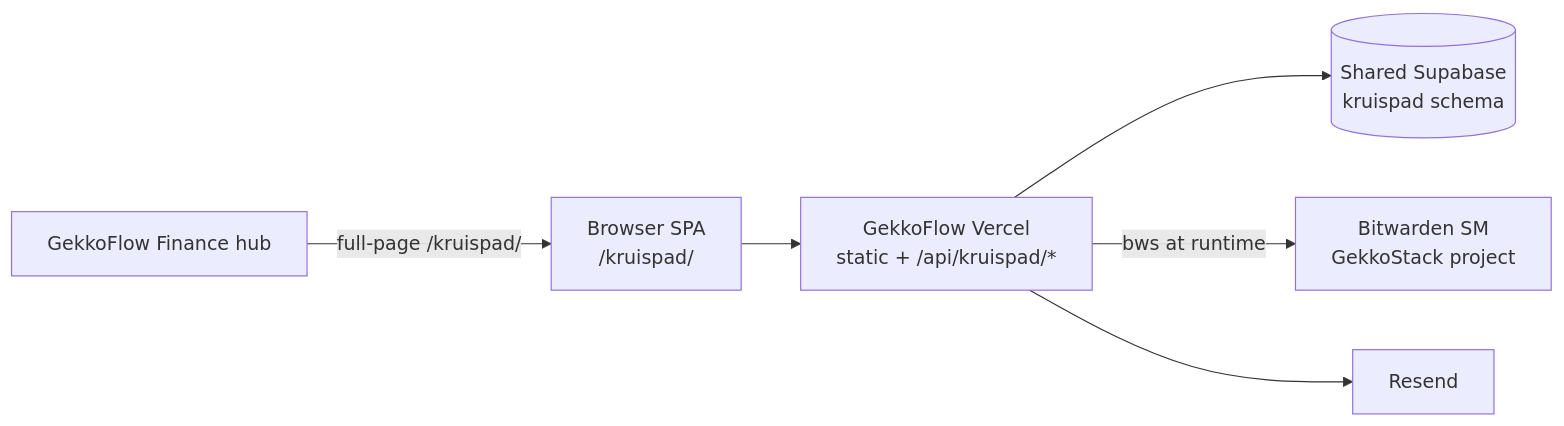
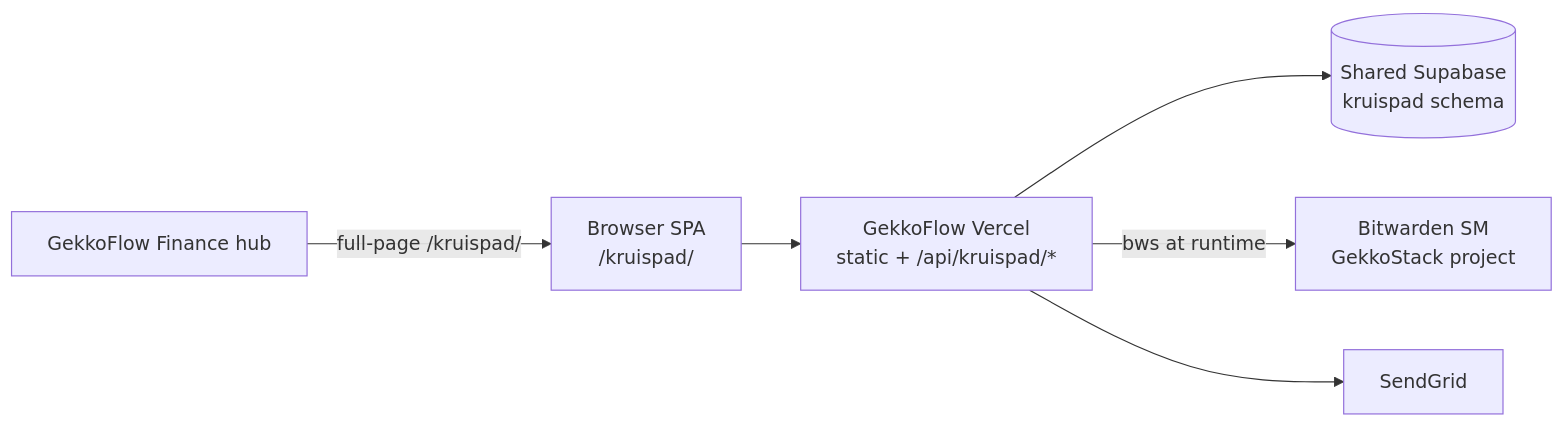
The second of 3 diagrams in docs/architecture/ARCHITECTURE.md (EswanHoll/Kruispad), drawn with Mermaid before and after one commit. The commit also changed other lines of this file and 19 other files, not shown here.

First line of the commit message:
GST-459 go-live: SendGrid, invite-only, notify auth, harden migrations (#3)

````diff
--- a/docs/architecture/ARCHITECTURE.md
+++ b/docs/architecture/ARCHITECTURE.md
@@ -58,8 +58,8 @@
 ```mermaid
 flowchart LR
   Browser["Browser SPA\n/kruispad/"] --> GekkoVercel["GekkoFlow Vercel\nstatic + /api/kruispad/*"]
   GekkoVercel --> SB[(Shared Supabase\nkruispad schema)]
   GekkoVercel -->|"bws at runtime"| BWS["Bitwarden SM\nGekkoStack project"]
-  GekkoVercel --> RS[Resend]
+  GekkoVercel --> SG[SendGrid]
   Hub["GekkoFlow Finance hub"] -->|"full-page /kruispad/"| Browser
 ```
````
